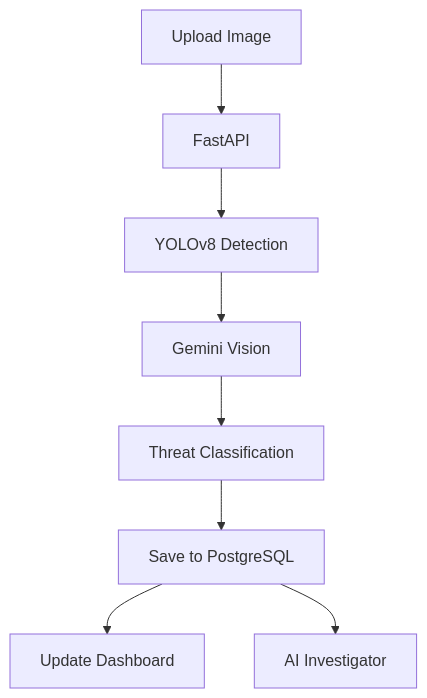
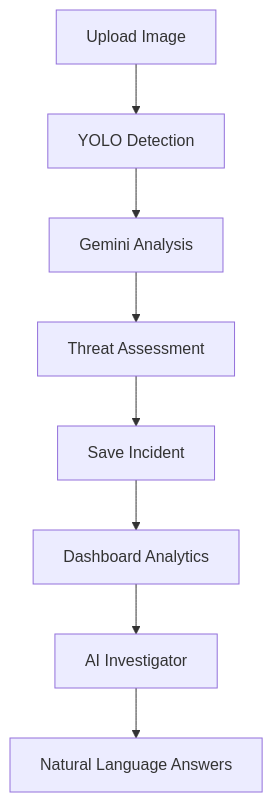
One commit to ajaysathriai-afk/Drone-Sentinel-Agent changed the fifth of 5 diagrams in README.md. Above: the diagram before and after it, drawn with Mermaid. The commit also changed other lines of this file, not shown here.

````diff
--- a/README.md
+++ b/README.md
@@ -350,33 +139,10 @@
 ```mermaid
 flowchart TD
-
-A["Upload Image"]
-
-B["FastAPI"]
-
-C["YOLOv8 Detection"]
-
-D["Gemini Vision"]
-
-E["Threat Classification"]
-
-F["Save to PostgreSQL"]
-
-G["Update Dashboard"]
-
-H["AI Investigator"]
-
-A --> B
-
-B --> C
-
-C --> D
-
-D --> E
-
-E --> F
-
-F --> G
-
-F --> H
+    A[Upload Image] --> B[YOLO Detection]
+    B --> C[Gemini Analysis]
+    C --> D[Threat Assessment]
+    D --> E[Save Incident]
+    E --> F[Dashboard Analytics]
+    F --> G[AI Investigator]
+    G --> H[Natural Language Answers]
 ```
````
